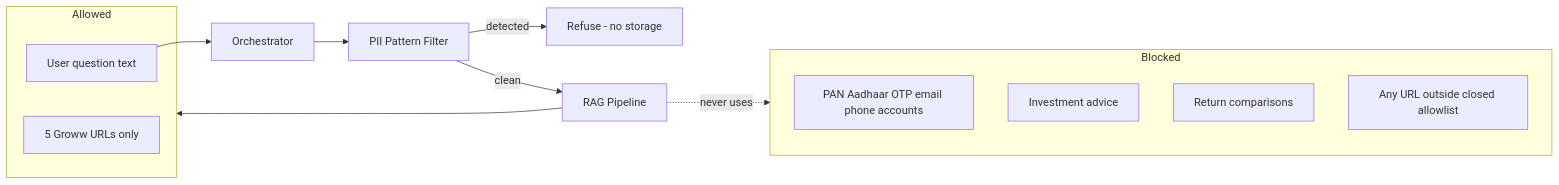
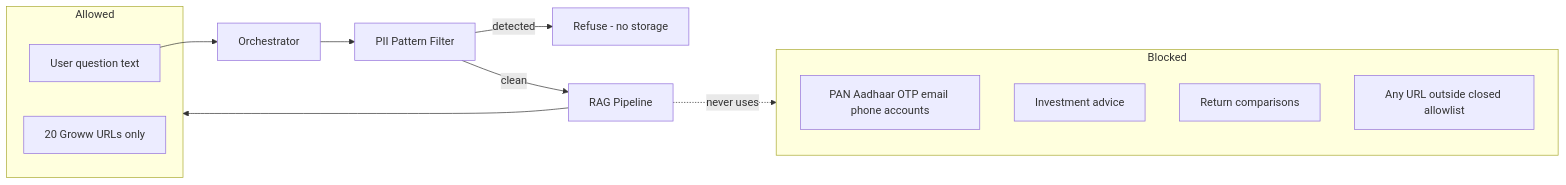
One commit to Rukhsar24081998/MILESTONE2-GROW changed the third of 6 diagrams in docs/phase-wise-architecture.md. Above: the diagram before and after it, drawn with Mermaid. The commit also changed other lines of this file and 1 other file, not shown here.

````diff
--- a/docs/phase-wise-architecture.md
+++ b/docs/phase-wise-architecture.md
@@ -237,21 +237,21 @@
 ```mermaid
 flowchart LR
     subgraph Allowed
         Q[User question text]
-        R[5 Groww URLs only]
+        R[20 Groww URLs only]
     end
 
     subgraph Blocked
         PII[PAN Aadhaar OTP email phone accounts]
         ADV[Investment advice]
         PERF[Return comparisons]
         OTHER[Any URL outside closed allowlist]
     end
 
     Q --> ORCH[Orchestrator]
     ORCH --> PII_FILTER[PII Pattern Filter]
     PII_FILTER -->|detected| REFUSE[Refuse - no storage]
     PII_FILTER -->|clean| RAG[RAG Pipeline]
     RAG --> Allowed
     RAG -.->|never uses| Blocked
 ```
````
